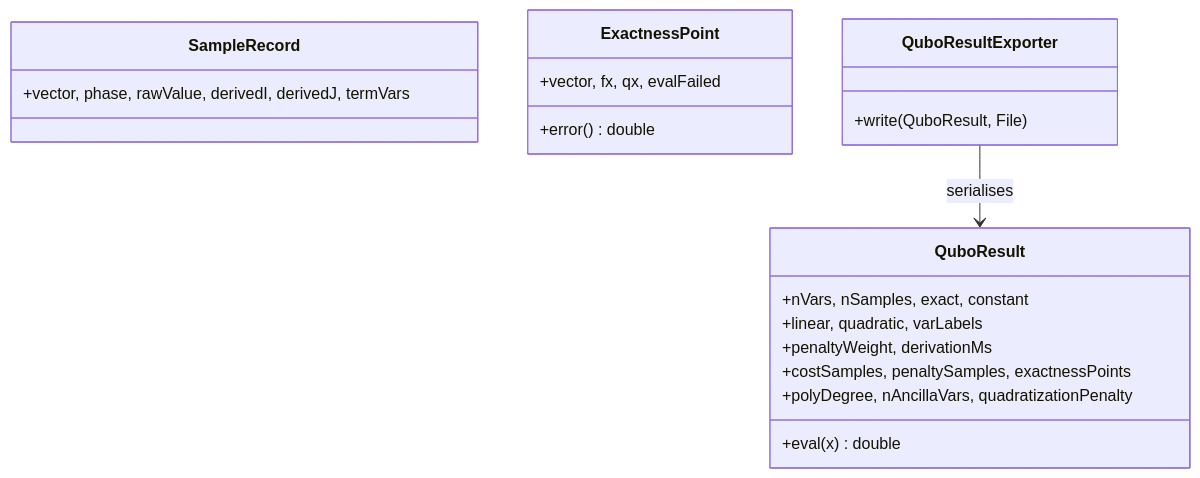
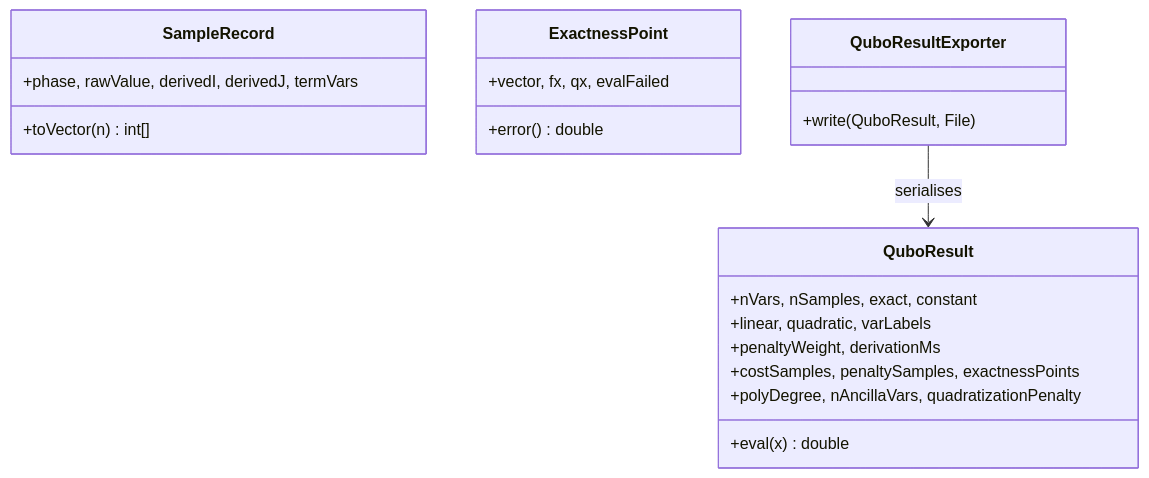
One commit to JoaoAlmeida-dev/Use2Qubo changed the diagram in src/main/java/org/tzi/use/plugin/use2qubo/qubo/result/README.md. Above: the diagram before and after it, drawn with Mermaid. The commit also changed other lines of this file and 17 other files, not shown here.

````diff
--- a/src/main/java/org/tzi/use/plugin/use2qubo/qubo/result/README.md
+++ b/src/main/java/org/tzi/use/plugin/use2qubo/qubo/result/README.md
@@ -12,22 +12,23 @@
 ```mermaid
 classDiagram
     class SampleRecord {
-        +vector, phase, rawValue, derivedI, derivedJ, termVars
+        +phase, rawValue, derivedI, derivedJ, termVars
+        +toVector(n) int[]
     }
     class ExactnessPoint {
         +vector, fx, qx, evalFailed
         +error() double
     }
     class QuboResult {
         +nVars, nSamples, exact, constant
         +linear, quadratic, varLabels
         +penaltyWeight, derivationMs
         +costSamples, penaltySamples, exactnessPoints
         +polyDegree, nAncillaVars, quadratizationPenalty
         +eval(x) double
     }
     class QuboResultExporter {
         +write(QuboResult, File)
     }
     QuboResultExporter --> QuboResult : serialises
 ```
````
